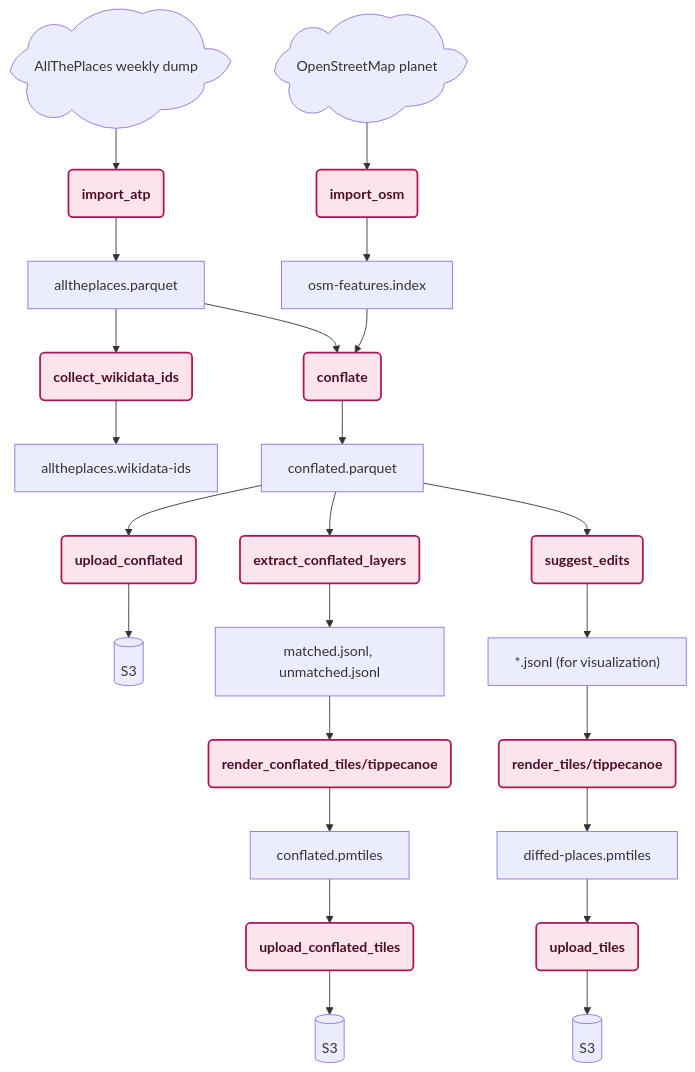
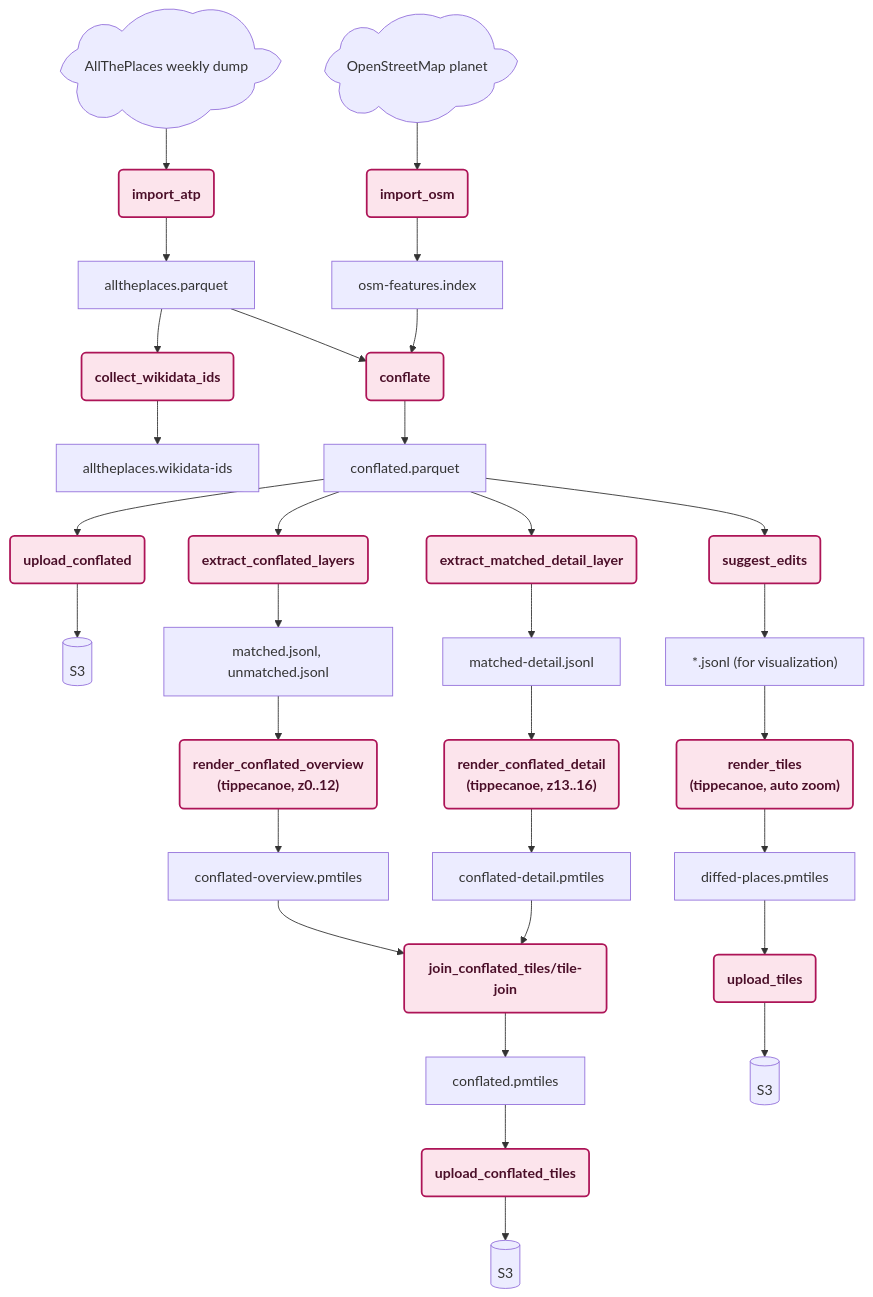
The diagram in docs/TECHNICAL_DESIGN.md (alltheplaces/osm-diffs), drawn with Mermaid before and after one commit. The commit also changed other lines of this file and 12 other files, not shown here.

First line of the commit message:
feat: draw the ATP↔OSM connector line in conflated.pmtiles at high zoom (#775) (#778)

````diff
--- a/docs/TECHNICAL_DESIGN.md
+++ b/docs/TECHNICAL_DESIGN.md
@@ -177,24 +177,31 @@
 ```mermaid
 graph TD
     ATP_SRC@{ shape: cloud, label: "AllThePlaces weekly dump" }
     OSM_SRC@{ shape: cloud, label: "OpenStreetMap planet" }
 
     ATP_SRC --> IMPORT_ATP(import_atp) --> ATP_PARQUET[alltheplaces.parquet]
     ATP_PARQUET --> COLLECT_WIKI(collect_wikidata_ids) --> WIKIDATA[alltheplaces.wikidata-ids]
 
     OSM_SRC --> IMPORT_OSM(import_osm) --> OSM_INDEX[osm-features.index]
 
     ATP_PARQUET --> CONFLATE(conflate)
     OSM_INDEX --> CONFLATE
     CONFLATE --> CONFLATED[conflated.parquet]
     CONFLATED --> UPLOAD_CONFLATED(upload_conflated) --> S3A[(S3)]
+
     CONFLATED --> EXTRACT_CONFLATED_LAYERS(extract_conflated_layers) --> CONFLATED_LAYERS["matched.jsonl, unmatched.jsonl"]
-    CONFLATED_LAYERS --> RENDER_CONFLATED_TILES(render_conflated_tiles/tippecanoe) --> CONFLATED_PMTILES[conflated.pmtiles]
+    CONFLATED_LAYERS --> RENDER_CONFLATED_OVERVIEW("render_conflated_overview<br/>(tippecanoe, z0..12)") --> OVERVIEW_PMTILES[conflated-overview.pmtiles]
+    CONFLATED --> EXTRACT_DETAIL(extract_matched_detail_layer) --> DETAIL_LAYER[matched-detail.jsonl]
+    DETAIL_LAYER --> RENDER_CONFLATED_DETAIL("render_conflated_detail<br/>(tippecanoe, z13..16)") --> DETAIL_PMTILES[conflated-detail.pmtiles]
+    OVERVIEW_PMTILES --> JOIN_CONFLATED_TILES(join_conflated_tiles/tile-join)
+    DETAIL_PMTILES --> JOIN_CONFLATED_TILES
+    JOIN_CONFLATED_TILES --> CONFLATED_PMTILES[conflated.pmtiles]
     CONFLATED_PMTILES --> UPLOAD_CONFLATED_TILES(upload_conflated_tiles) --> S3C[(S3)]
+
     CONFLATED --> SUGGEST_EDITS(suggest_edits) --> LAYERS["*.jsonl (for visualization)"]
-    LAYERS --> RENDER_TILES(render_tiles/tippecanoe) --> PMTILES[diffed-places.pmtiles]
+    LAYERS --> RENDER_TILES("render_tiles<br/>(tippecanoe, auto zoom)") --> PMTILES[diffed-places.pmtiles]
     PMTILES --> UPLOAD_TILES(upload_tiles) --> S3B[(S3)]
 
     classDef process fill:#fce4ec,stroke:#ad1457,stroke-width:2px,color:#4a0e28,font-weight:bold;
-    class IMPORT_ATP,COLLECT_WIKI,IMPORT_OSM,CONFLATE,UPLOAD_CONFLATED,EXTRACT_CONFLATED_LAYERS,RENDER_CONFLATED_TILES,UPLOAD_CONFLATED_TILES,SUGGEST_EDITS,RENDER_TILES,UPLOAD_TILES process;
+    class IMPORT_ATP,COLLECT_WIKI,IMPORT_OSM,CONFLATE,UPLOAD_CONFLATED,EXTRACT_CONFLATED_LAYERS,RENDER_CONFLATED_OVERVIEW,EXTRACT_DETAIL,RENDER_CONFLATED_DETAIL,JOIN_CONFLATED_TILES,UPLOAD_CONFLATED_TILES,SUGGEST_EDITS,RENDER_TILES,UPLOAD_TILES process;
 ```
````
